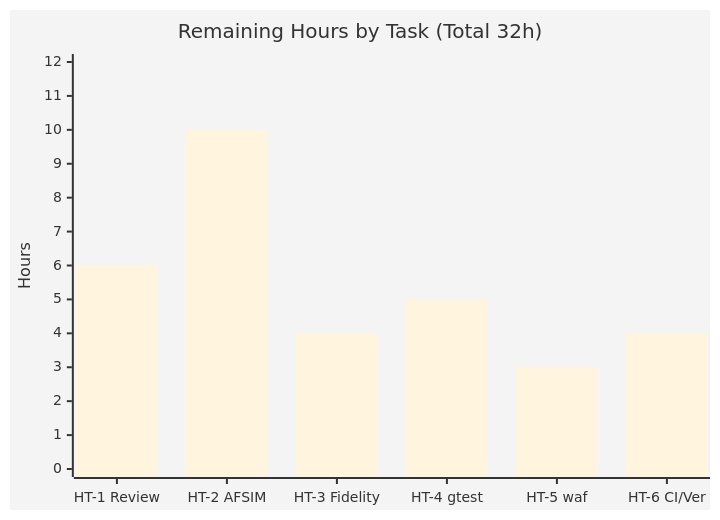
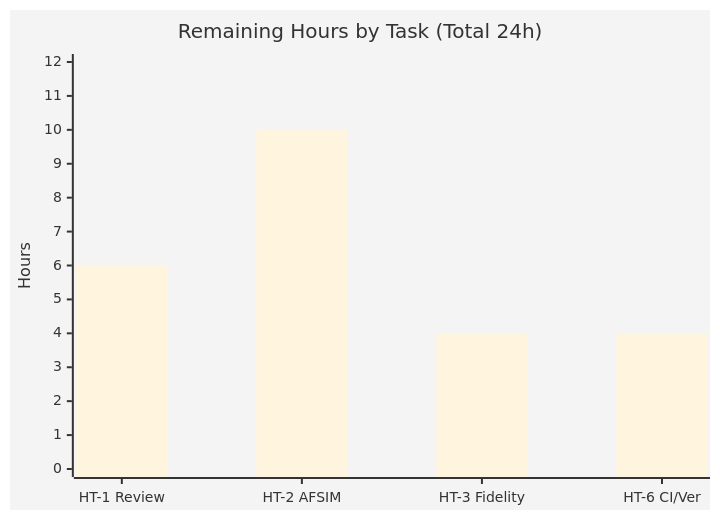
Before and after one commit to blitzy-public-samples/ardupilot-blitzy: the third of 4 diagrams in blitzy/documentation/Project Guide.md, drawn with Mermaid. The commit also changed other lines of this file and 8 other files, not shown here.

````diff
--- a/blitzy/documentation/Project Guide.md
+++ b/blitzy/documentation/Project Guide.md
@@ -219,8 +317,8 @@
 ```mermaid
 %%{init: {'theme':'base', 'themeVariables': {'xyChartBarColor':'#5B39F3','backgroundColor':'#FFFFFF'}}}%%
 xychart-beta
-    title "Remaining Hours by Task (Total 32h)"
-    x-axis ["HT-1 Review", "HT-2 AFSIM", "HT-3 Fidelity", "HT-4 gtest", "HT-5 waf", "HT-6 CI/Ver"]
+    title "Remaining Hours by Task (Total 24h)"
+    x-axis ["HT-1 Review", "HT-2 AFSIM", "HT-3 Fidelity", "HT-6 CI/Ver"]
     y-axis "Hours" 0 --> 12
-    bar [6, 10, 4, 5, 3, 4]
+    bar [6, 10, 4, 4]
 ```
````
